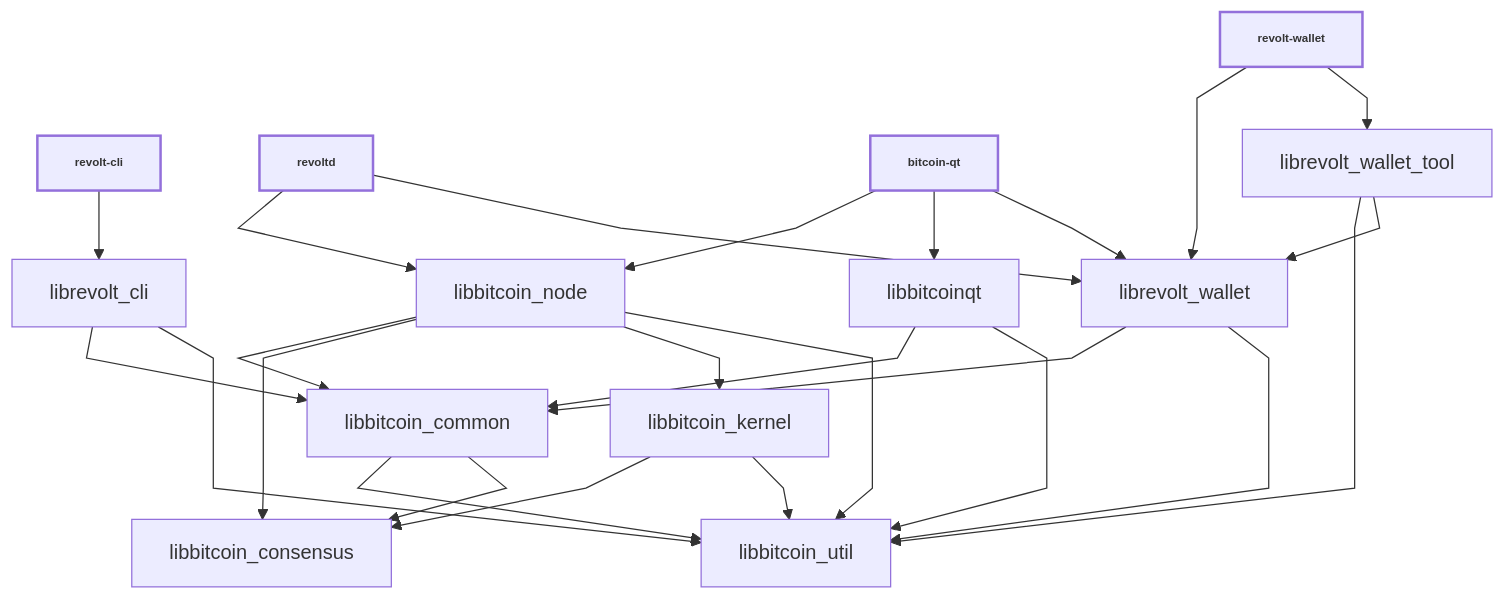
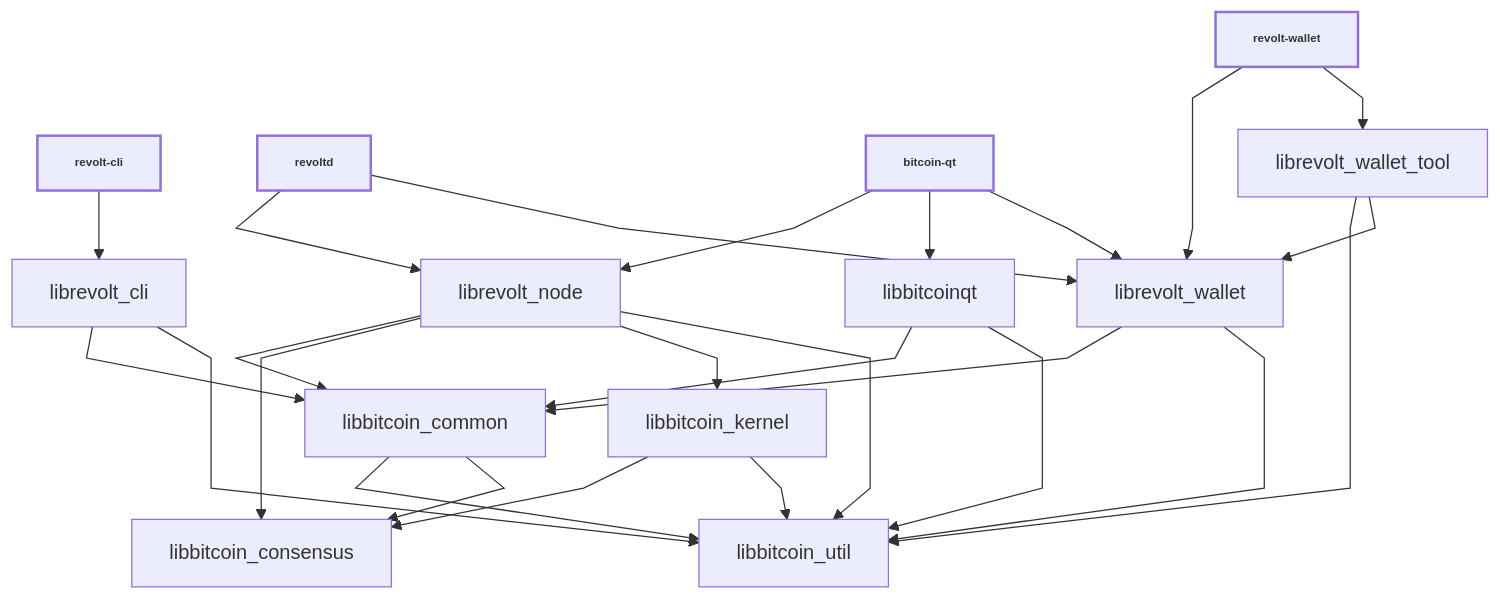
One commit to Chres-SC/bitcoin changed the diagram in doc/design/libraries.md. Above: the diagram before and after it, drawn with Mermaid. The commit also changed other lines of this file and 273 other files, not shown here.

````diff
--- a/doc/design/libraries.md
+++ b/doc/design/libraries.md
@@ -36,44 +36,44 @@
 ```mermaid
 
 %%{ init : { "flowchart" : { "curve" : "linear" }}}%%
 
 graph TD;
 
 revolt-cli[revolt-cli]-->librevolt_cli;
 
-revoltd[revoltd]-->libbitcoin_node;
+revoltd[revoltd]-->librevolt_node;
 revoltd[revoltd]-->librevolt_wallet;
 
-bitcoin-qt[bitcoin-qt]-->libbitcoin_node;
+bitcoin-qt[bitcoin-qt]-->librevolt_node;
 bitcoin-qt[bitcoin-qt]-->libbitcoinqt;
 bitcoin-qt[bitcoin-qt]-->librevolt_wallet;
 
 revolt-wallet[revolt-wallet]-->librevolt_wallet;
 revolt-wallet[revolt-wallet]-->librevolt_wallet_tool;
 
 librevolt_cli-->libbitcoin_common;
 librevolt_cli-->libbitcoin_util;
 
 libbitcoin_common-->libbitcoin_util;
 libbitcoin_common-->libbitcoin_consensus;
 
 libbitcoin_kernel-->libbitcoin_consensus;
 libbitcoin_kernel-->libbitcoin_util;
 
-libbitcoin_node-->libbitcoin_common;
-libbitcoin_node-->libbitcoin_consensus;
-libbitcoin_node-->libbitcoin_kernel;
-libbitcoin_node-->libbitcoin_util;
+librevolt_node-->libbitcoin_common;
+librevolt_node-->libbitcoin_consensus;
+librevolt_node-->libbitcoin_kernel;
+librevolt_node-->libbitcoin_util;
 
 libbitcoinqt-->libbitcoin_common;
 libbitcoinqt-->libbitcoin_util;
 
 librevolt_wallet-->libbitcoin_common;
 librevolt_wallet-->libbitcoin_util;
 
 librevolt_wallet_tool-->libbitcoin_util;
 librevolt_wallet_tool-->librevolt_wallet;
 
 classDef bold stroke-width:2px, font-weight:bold, font-size: smaller;
 class bitcoin-qt,revoltd,revolt-cli,revolt-wallet bold
 ```
````
